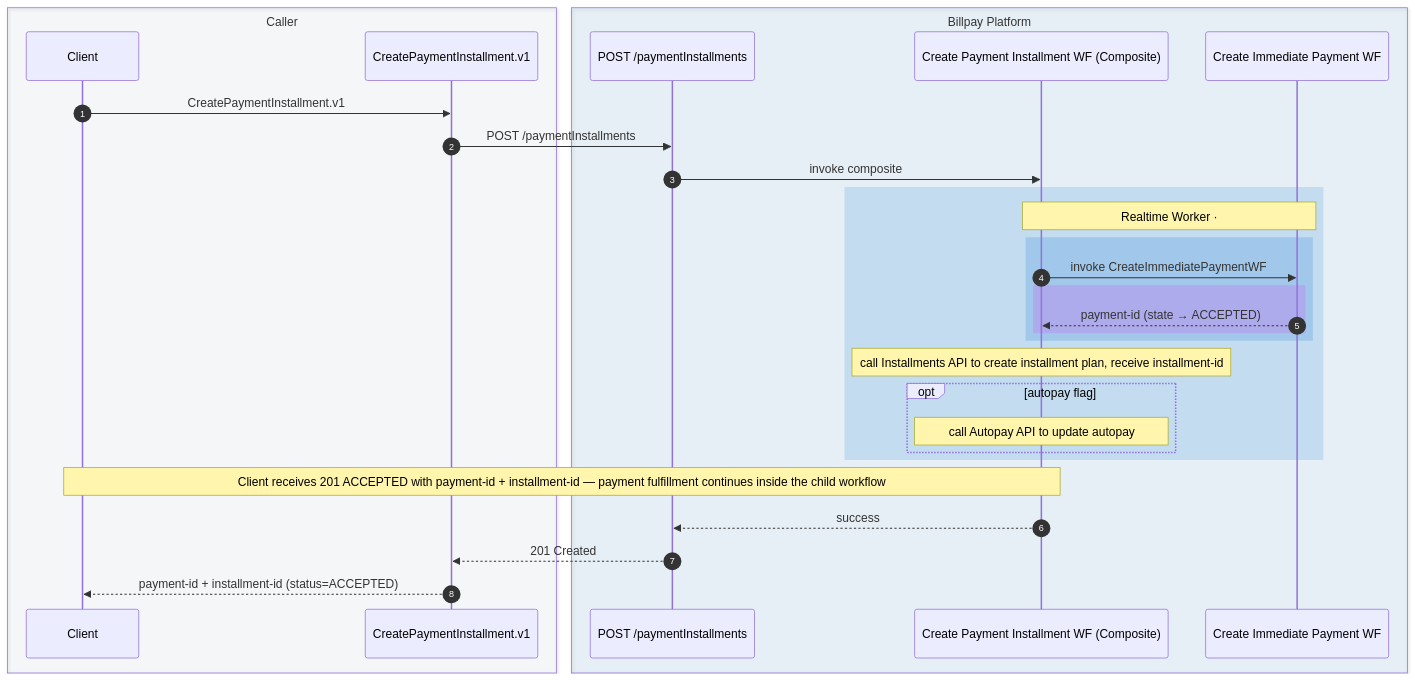
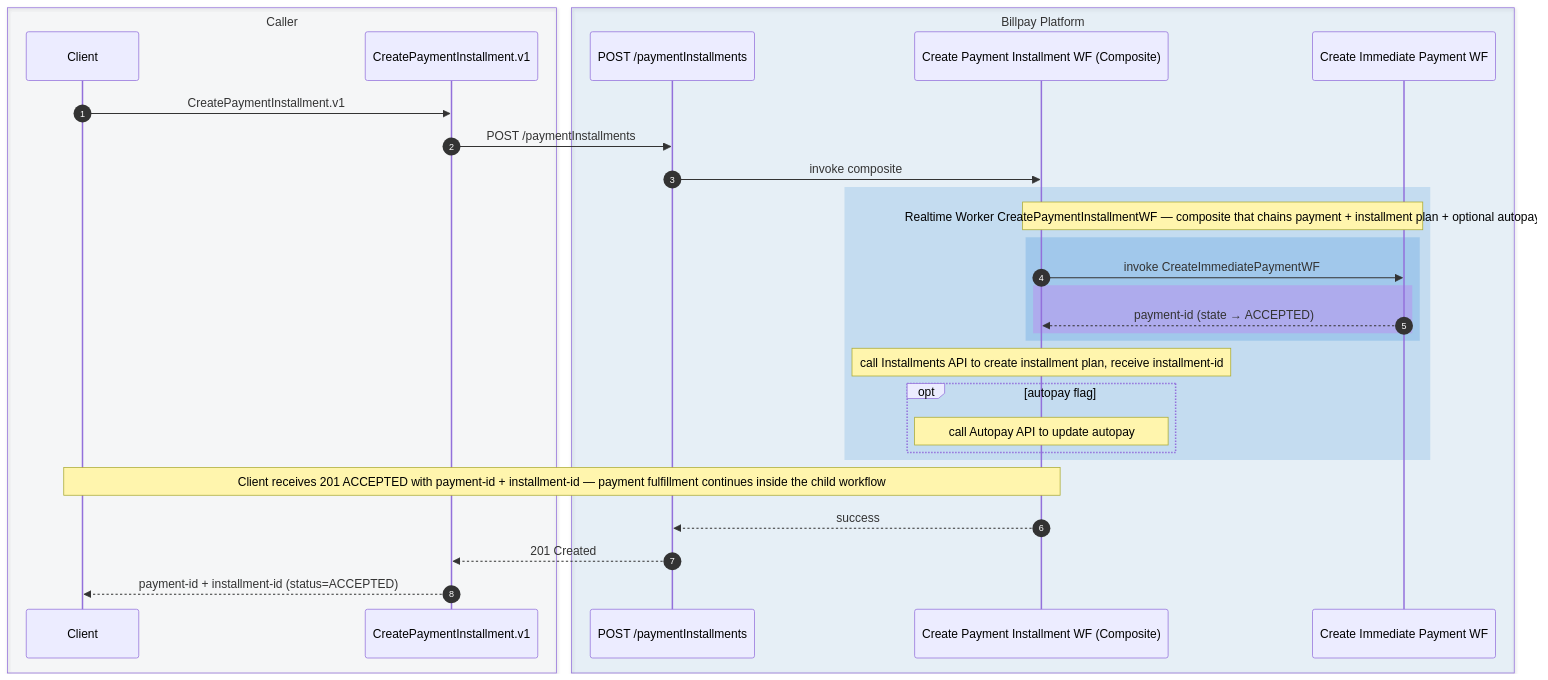
Diagram 11 of 11 in docs/diagrams/sequence-diagrams.md (arunav-bhattacharya/billpay-docs), drawn with Mermaid before and after one commit. The commit also changed other lines of this file, not shown here.

First line of the commit message:
Tidy Realtime/Batch Worker notes and extend Realtime annotation to async block in diagram #1

````diff
--- a/docs/diagrams/sequence-diagrams.md
+++ b/docs/diagrams/sequence-diagrams.md
@@ -614,40 +614,40 @@
 ```mermaid
 sequenceDiagram
   autonumber
 
   box rgba(148,163,184,0.06) Caller
     participant C as Client
     participant ODF as CreatePaymentInstallment.v1
   end
 
   box rgba(0,111,207,0.08) Billpay Platform
     participant API as POST /paymentInstallments
     participant CWF as Create Payment Installment WF (Composite)
     participant CIP as Create Immediate Payment WF
   end
 
   C->>ODF: CreatePaymentInstallment.v1
   ODF->>API: POST /paymentInstallments
   API->>CWF: invoke composite
 
   rect rgba(0,111,207,0.15)
-    Note over CWF,CIP: Realtime Worker · #CreatePaymentInstallmentWF — composite that chains payment + installment plan + optional autopay
+    Note over CWF,CIP: Realtime Worker CreatePaymentInstallmentWF — composite that chains payment + installment plan + optional autopay
 
     rect rgba(0,111,207,0.18)
       CWF->>CIP: invoke CreateImmediatePaymentWF
       rect rgba(217,70,239,0.22)
         CIP-->>CWF: payment-id (state → ACCEPTED)
       end
     end
 
     Note over CWF: call Installments API to create installment plan, receive installment-id
     opt autopay flag
       Note over CWF: call Autopay API to update autopay
     end
   end
 
   Note over C,CWF: Client receives 201 ACCEPTED with payment-id + installment-id — payment fulfillment continues inside the child workflow
   CWF-->>API: success
   API-->>ODF: 201 Created
   ODF-->>C: payment-id + installment-id (status=ACCEPTED)
 ```
````
